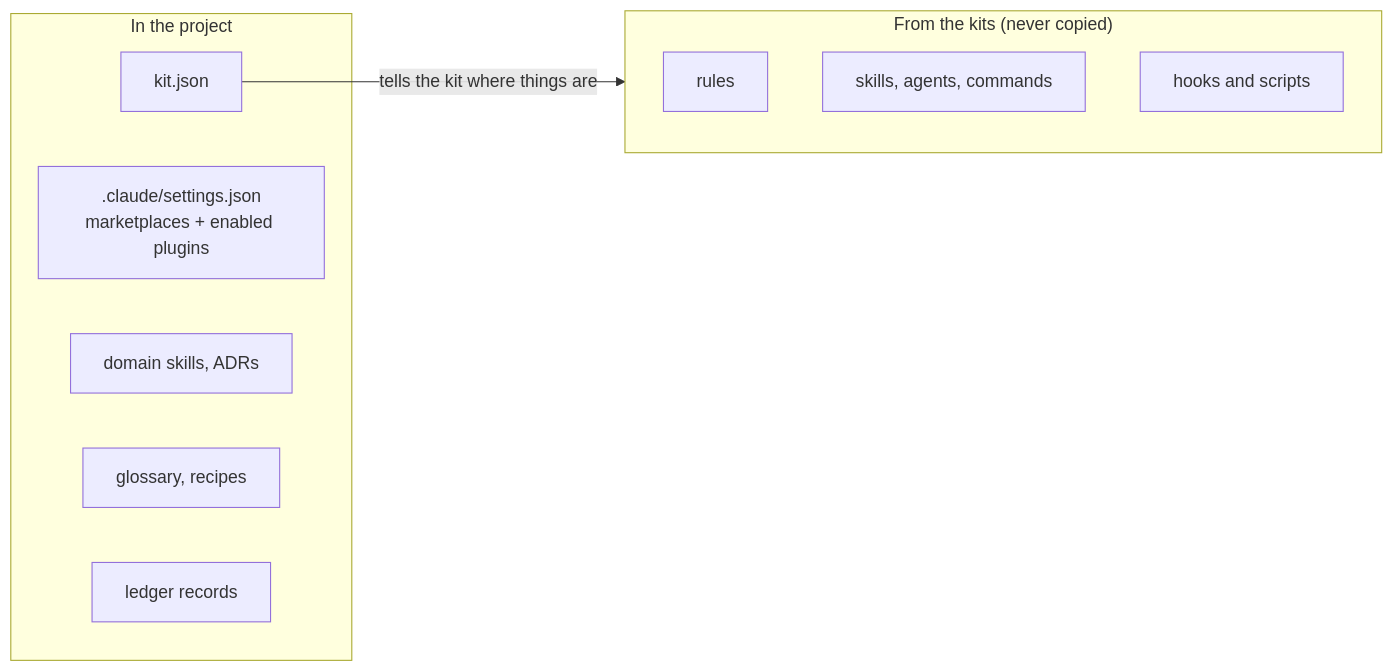
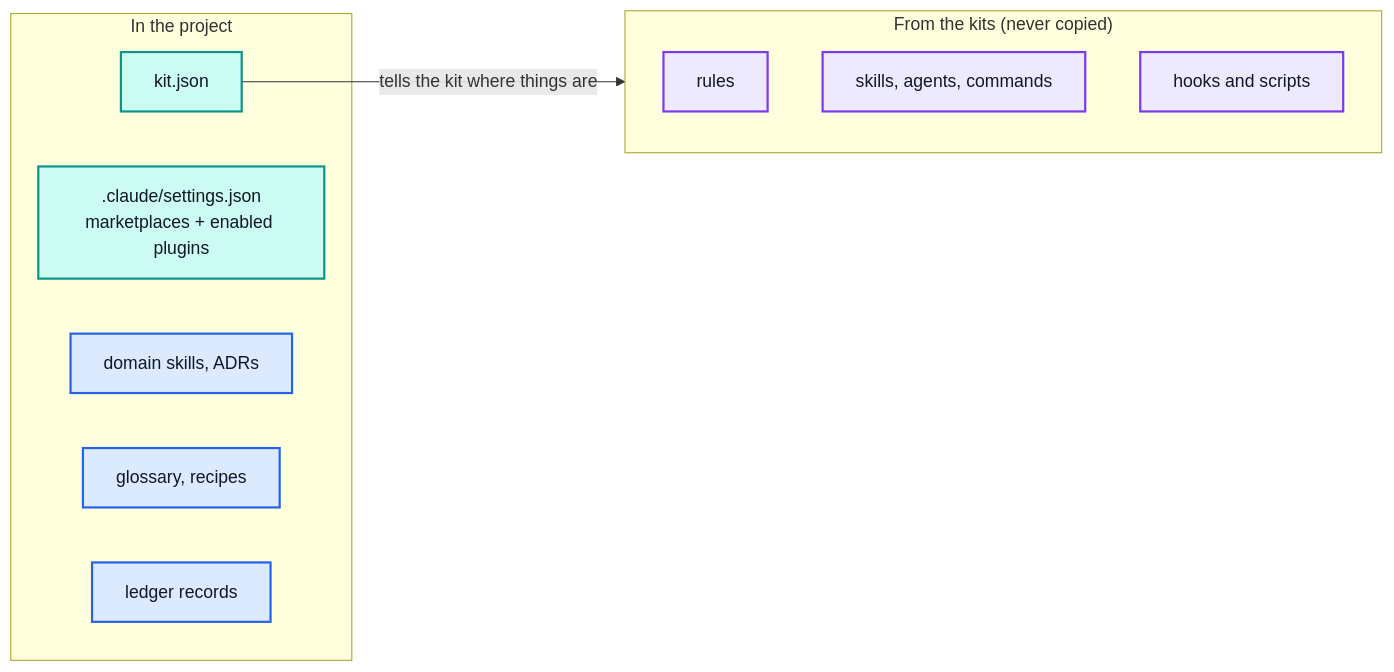
Before and after one commit to 3meyc/agent-kit: the third of 4 diagrams in docs/architecture.md, drawn with Mermaid. The commit also changed other lines of this file and 16 other files, not shown here.

First line of the commit message:
docs: colour every diagram, start the evolution pages, retire the design banner

````diff
--- a/docs/architecture.md
+++ b/docs/architecture.md
@@ -41,16 +60,23 @@
 ```mermaid
 flowchart LR
   subgraph kit["From the kits (never copied)"]
     rules["rules"]
     skills["skills, agents, commands"]
     hooks["hooks and scripts"]
   end
   subgraph repo["In the project"]
     kj["kit.json"]
     st[".claude/settings.json<br/>marketplaces + enabled plugins"]
     dom["domain skills, ADRs"]
     voc["glossary, recipes"]
     led["ledger records"]
   end
   kj -- "tells the kit where things are" --> kit
+
+  classDef kitc fill:#ede9fe,stroke:#7c3aed,stroke-width:2px,color:#111827
+  classDef link fill:#ccfbf1,stroke:#0d9488,stroke-width:2px,color:#111827
+  classDef proj fill:#dbeafe,stroke:#2563eb,stroke-width:2px,color:#111827
+  class rules,skills,hooks kitc
+  class kj,st link
+  class dom,voc,led proj
 ```
````
